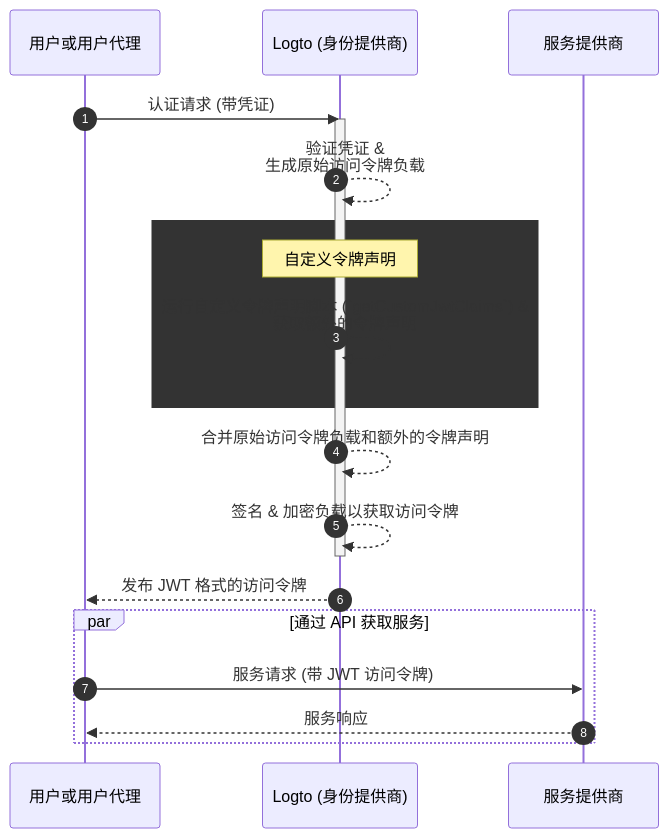
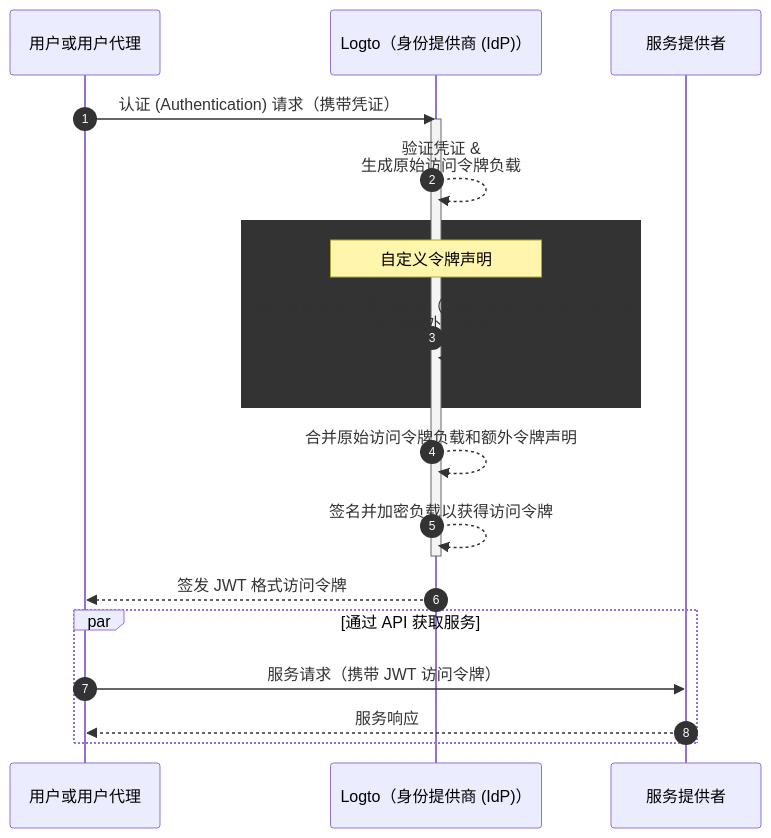
The diagram in i18n/zh-CN/docusaurus-plugin-content-docs/current/developers/custom-token-claims/README.mdx (logto-io/docs), drawn with Mermaid before and after one commit. The commit also changed other lines of this file and 580 other files, not shown here.

````diff
--- a/i18n/zh-CN/docusaurus-plugin-content-docs/current/developers/custom-token-claims/README.mdx
+++ b/i18n/zh-CN/docusaurus-plugin-content-docs/current/developers/custom-token-claims/README.mdx
@@ -26,23 +26,23 @@
 ```mermaid
 sequenceDiagram
   participant U as 用户或用户代理
-  participant IdP as Logto (身份提供商)
-  participant SP as 服务提供商
+  participant IdP as Logto（身份提供商 (IdP)）
+  participant SP as 服务提供者
 
   autonumber
-  U ->> IdP: 认证请求 (带凭证)
+  U ->> IdP: 认证 (Authentication) 请求（携带凭证）
   activate IdP
   IdP-->>IdP: 验证凭证 &<br/>生成原始访问令牌负载
   rect var(--mermaid-rect-fill)
   note over IdP: 自定义令牌声明
-  IdP->>IdP: 运行自定义令牌声明脚本 (`getCustomJwtClaims`) &<br/>获取额外的令牌声明
+  IdP->>IdP: 运行自定义令牌声明脚本（`getCustomJwtClaims`）&<br/>获取额外令牌声明
   end
-  IdP-->>IdP: 合并原始访问令牌负载和额外的令牌声明
-  IdP-->>IdP: 签名 & 加密负载以获取访问令牌
+  IdP-->>IdP: 合并原始访问令牌负载和额外令牌声明
+  IdP-->>IdP: 签名并加密负载以获得访问令牌
   deactivate IdP
-  IdP-->>U: 发布 JWT 格式的访问令牌
+  IdP-->>U: 签发 JWT 格式访问令牌
   par 通过 API 获取服务
-  U->>SP: 服务请求 (带 JWT 访问令牌)
+  U->>SP: 服务请求（携带 JWT 访问令牌）
   SP-->>U: 服务响应
   end
 ```
````
